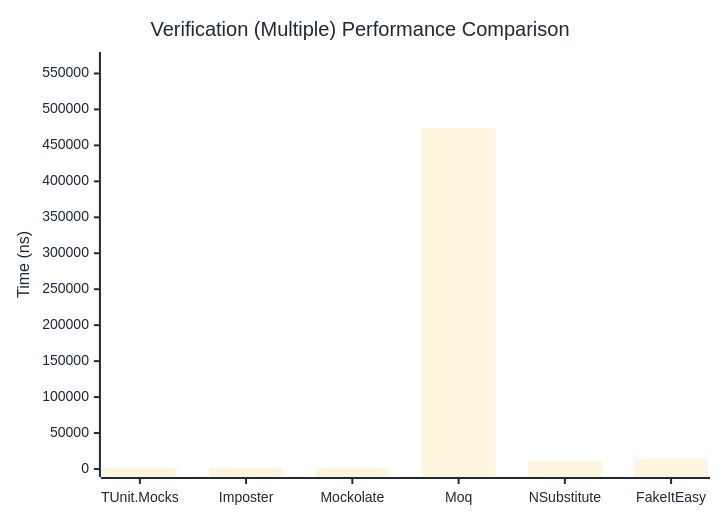
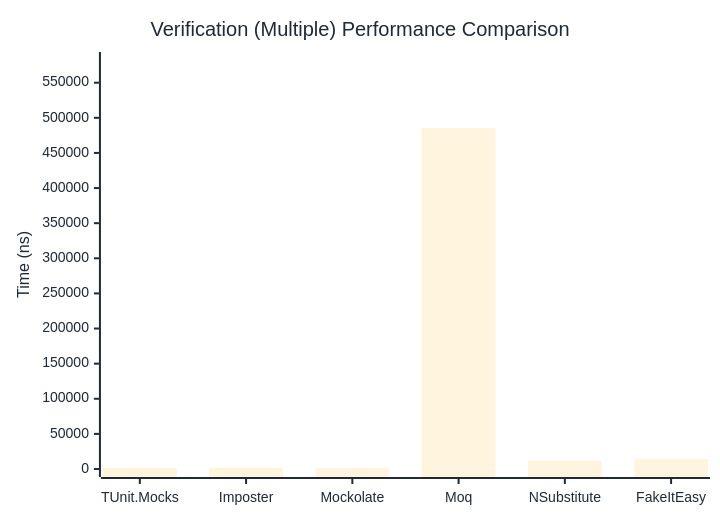
One commit to thomhurst/TUnit changed the third of 3 diagrams in docs/docs/benchmarks/mocks/Verification.md. Above: the diagram before and after it, drawn with Mermaid. The commit also changed other lines of this file and 14 other files, not shown here.

````diff
--- a/docs/docs/benchmarks/mocks/Verification.md
+++ b/docs/docs/benchmarks/mocks/Verification.md
@@ -112,27 +112,27 @@
 ```mermaid
 %%{init: {
   'theme':'base',
   'themeVariables': {
     'primaryColor': '#2563eb',
     'primaryTextColor': '#1f2937',
     'primaryBorderColor': '#1e40af',
     'lineColor': '#6b7280',
     'secondaryColor': '#7c3aed',
     'tertiaryColor': '#dc2626',
     'background': '#ffffff',
     'pie1': '#2563eb',
     'pie2': '#7c3aed',
     'pie3': '#dc2626',
     'pie4': '#f59e0b',
     'pie5': '#10b981',
     'pie6': '#06b6d4',
     'pie7': '#ec4899',
     'pie8': '#6366f1'
   }
 }}%%
 xychart-beta
   title "Verification (Multiple) Performance Comparison"
   x-axis ["TUnit.Mocks", "Imposter", "Mockolate", "Moq", "NSubstitute", "FakeItEasy"]
-  y-axis "Time (ns)" 0 --> 568746
-  bar [1187.82, 1675.59, 1089.86, 473954.94, 11385.19, 13535.94]
+  y-axis "Time (ns)" 0 --> 582329
+  bar [1241.23, 1789.06, 1130.26, 485273.95, 11747, 13947.57]
 ```
````
